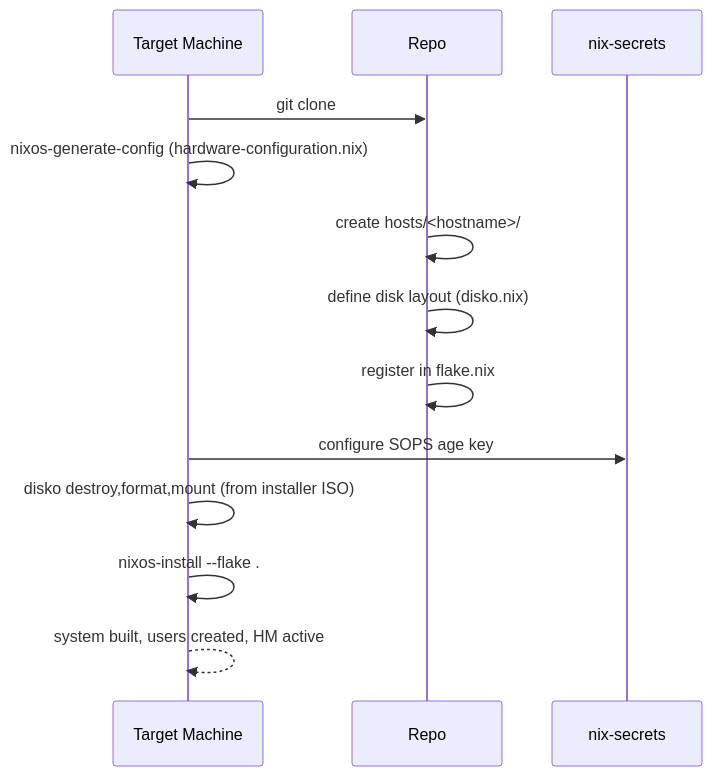
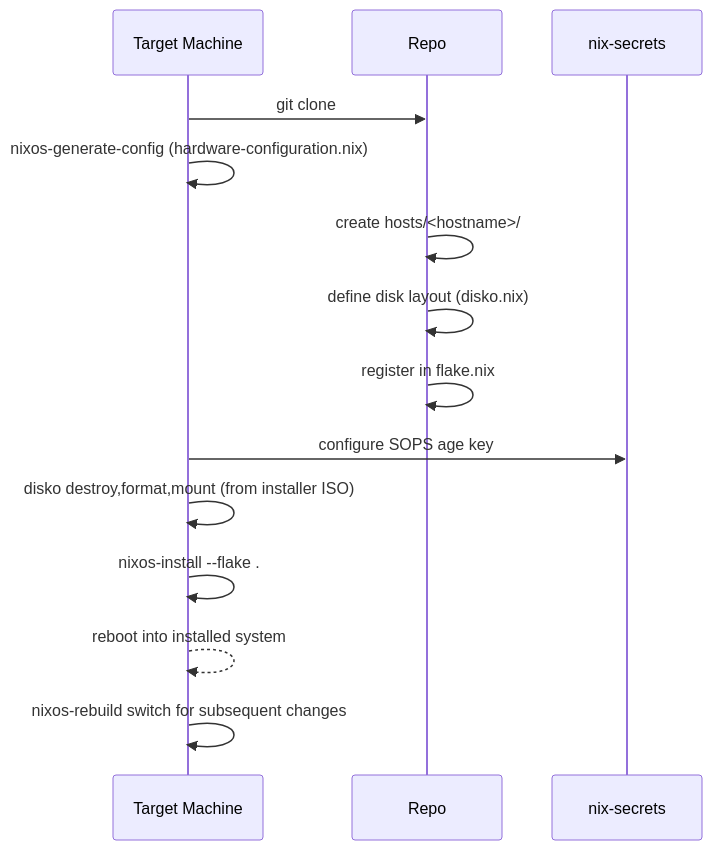
The diagram in docs/tutorial-provision-host.md (telometto/nix-config), drawn with Mermaid before and after one commit. The commit also changed other lines of this file and 2 other files, not shown here.

````diff
--- a/docs/tutorial-provision-host.md
+++ b/docs/tutorial-provision-host.md
@@ -7,16 +7,17 @@
 ```mermaid
 sequenceDiagram
     participant M as Target Machine
     participant R as Repo
     participant S as nix-secrets
 
     M->>R: git clone
     M->>M: nixos-generate-config (hardware-configuration.nix)
     R->>R: create hosts/<hostname>/
     R->>R: define disk layout (disko.nix)
     R->>R: register in flake.nix
     M->>S: configure SOPS age key
     M->>M: disko destroy,format,mount (from installer ISO)
     M->>M: nixos-install --flake .#<hostname>
-    M-->>M: system built, users created, HM active
+    M-->>M: reboot into installed system
+    M->>M: nixos-rebuild switch for subsequent changes
 ```
````
